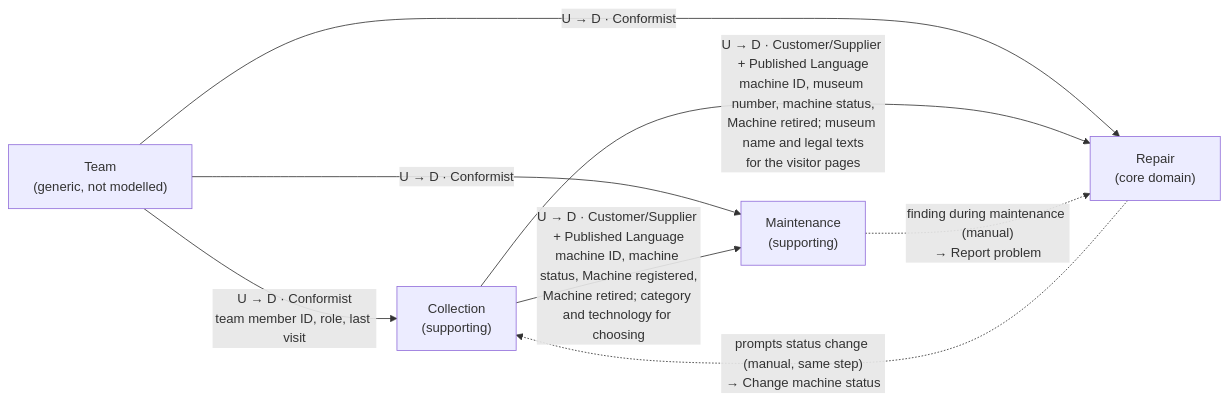
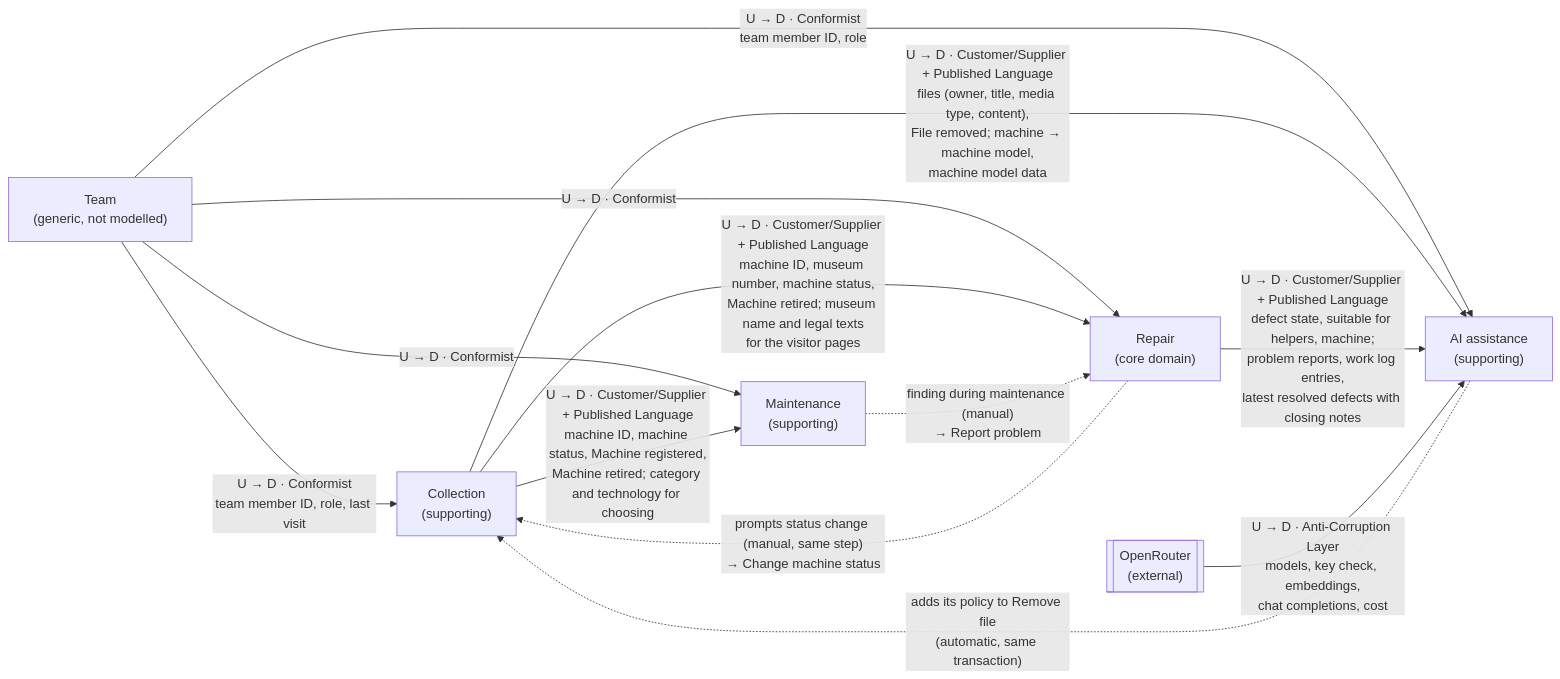
One commit to hemi1986/laguardia changed the diagram in docs/domain/context-map.md. Above: the diagram before and after it, drawn with Mermaid. The commit also changed other lines of this file and 20 other files, not shown here.

````diff
--- a/docs/domain/context-map.md
+++ b/docs/domain/context-map.md
@@ -20,17 +23,24 @@
 ```mermaid
 flowchart LR
     Team["Team<br/>(generic, not modelled)"]
     Collection["Collection<br/>(supporting)"]
     Repair["Repair<br/>(core domain)"]
     Maintenance["Maintenance<br/>(supporting)"]
+    Ai["AI assistance<br/>(supporting)"]
+    OpenRouter[["OpenRouter<br/>(external)"]]
 
     Team -- "U → D · Conformist<br/>team member ID, role, last visit" --> Collection
     Team -- "U → D · Conformist" --> Repair
     Team -- "U → D · Conformist" --> Maintenance
+    Team -- "U → D · Conformist<br/>team member ID, role" --> Ai
 
     Collection -- "U → D · Customer/Supplier + Published Language<br/>machine ID, museum number, machine status,<br/>Machine retired; museum name and legal texts<br/>for the visitor pages" --> Repair
     Collection -- "U → D · Customer/Supplier + Published Language<br/>machine ID, machine status, Machine registered,<br/>Machine retired; category and technology for choosing" --> Maintenance
+    Collection -- "U → D · Customer/Supplier + Published Language<br/>files (owner, title, media type, content),<br/>File removed; machine → machine model,<br/>machine model data" --> Ai
+    Repair -- "U → D · Customer/Supplier + Published Language<br/>defect state, suitable for helpers, machine;<br/>problem reports, work log entries,<br/>latest resolved defects with closing notes" --> Ai
+    OpenRouter -- "U → D · Anti-Corruption Layer<br/>models, key check, embeddings,<br/>chat completions, cost" --> Ai
 
     Repair -. "prompts status change (manual, same step)<br/>→ Change machine status" .-> Collection
     Maintenance -. "finding during maintenance (manual)<br/>→ Report problem" .-> Repair
+    Ai -. "adds its policy to Remove file<br/>(automatic, same transaction)" .-> Collection
 ```
````
